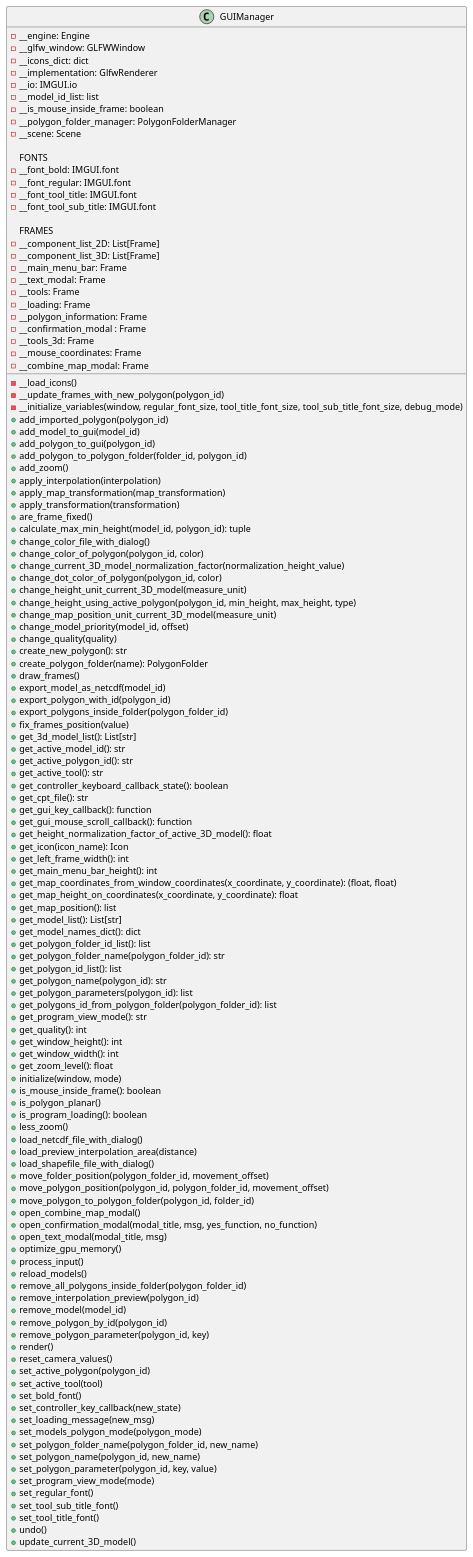
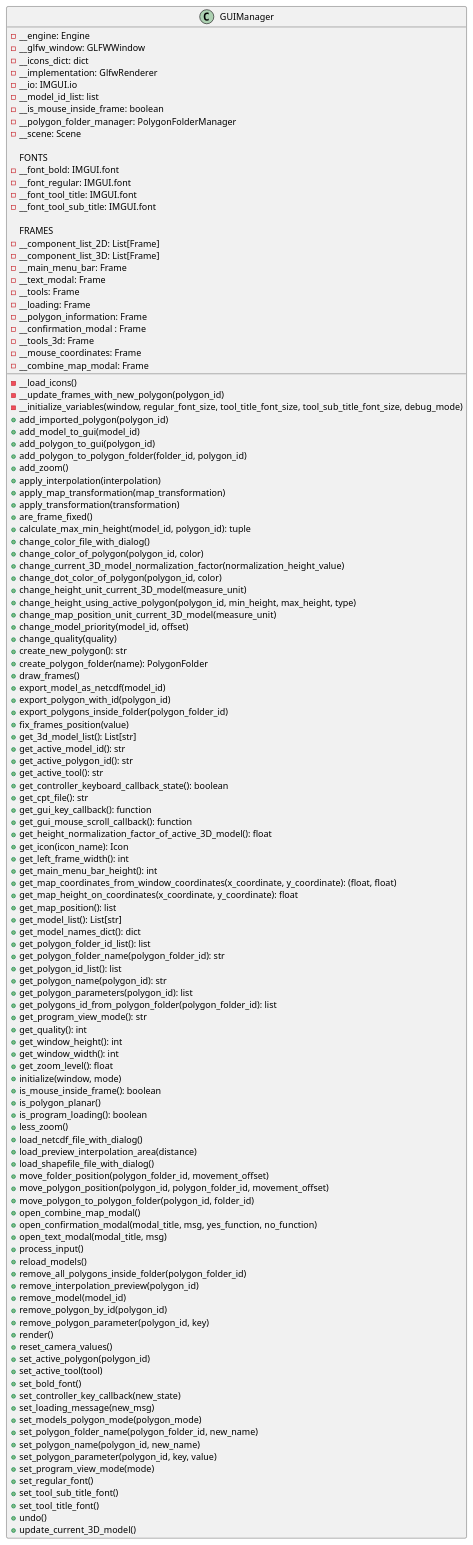
One commit to ferpoble2/Relief_Creator changed the diagram in docs/classes/GUIManager.puml. Above: the diagram before and after it, drawn with PlantUML.

```diff
--- a/docs/classes/GUIManager.puml
+++ b/docs/classes/GUIManager.puml
@@ -1,130 +1,129 @@
 @startuml
 'https://plantuml.com/class-diagram
 class GUIManager{
     - __engine: Engine
     - __glfw_window: GLFWWindow
     - __icons_dict: dict
     - __implementation: GlfwRenderer
     - __io: IMGUI.io
     - __model_id_list: list
     - __is_mouse_inside_frame: boolean
     - __polygon_folder_manager: PolygonFolderManager
     - __scene: Scene
 
     FONTS
     - __font_bold: IMGUI.font
     - __font_regular: IMGUI.font
     - __font_tool_title: IMGUI.font
     - __font_tool_sub_title: IMGUI.font
 
     FRAMES
     - __component_list_2D: List[Frame]
     - __component_list_3D: List[Frame]
     - __main_menu_bar: Frame
     - __text_modal: Frame
     - __tools: Frame
     - __loading: Frame
     - __polygon_information: Frame
     - __confirmation_modal : Frame
     - __tools_3d: Frame
     - __mouse_coordinates: Frame
     - __combine_map_modal: Frame
 
     - __load_icons()
     - __update_frames_with_new_polygon(polygon_id)
     - __initialize_variables(window, regular_font_size, tool_title_font_size, tool_sub_title_font_size, debug_mode)
     + add_imported_polygon(polygon_id)
     + add_model_to_gui(model_id)
     + add_polygon_to_gui(polygon_id)
     + add_polygon_to_polygon_folder(folder_id, polygon_id)
     + add_zoom()
     + apply_interpolation(interpolation)
     + apply_map_transformation(map_transformation)
     + apply_transformation(transformation)
     + are_frame_fixed()
     + calculate_max_min_height(model_id, polygon_id): tuple
     + change_color_file_with_dialog()
     + change_color_of_polygon(polygon_id, color)
     + change_current_3D_model_normalization_factor(normalization_height_value)
     + change_dot_color_of_polygon(polygon_id, color)
     + change_height_unit_current_3D_model(measure_unit)
     + change_height_using_active_polygon(polygon_id, min_height, max_height, type)
     + change_map_position_unit_current_3D_model(measure_unit)
     + change_model_priority(model_id, offset)
     + change_quality(quality)
     + create_new_polygon(): str
     + create_polygon_folder(name): PolygonFolder
     + draw_frames()
     + export_model_as_netcdf(model_id)
     + export_polygon_with_id(polygon_id)
     + export_polygons_inside_folder(polygon_folder_id)
     + fix_frames_position(value)
     + get_3d_model_list(): List[str]
     + get_active_model_id(): str
     + get_active_polygon_id(): str
     + get_active_tool(): str
     + get_controller_keyboard_callback_state(): boolean
     + get_cpt_file(): str
     + get_gui_key_callback(): function
     + get_gui_mouse_scroll_callback(): function
     + get_height_normalization_factor_of_active_3D_model(): float
     + get_icon(icon_name): Icon
     + get_left_frame_width(): int
     + get_main_menu_bar_height(): int
     + get_map_coordinates_from_window_coordinates(x_coordinate, y_coordinate): (float, float)
     + get_map_height_on_coordinates(x_coordinate, y_coordinate): float
     + get_map_position(): list
     + get_model_list(): List[str]
     + get_model_names_dict(): dict
     + get_polygon_folder_id_list(): list
     + get_polygon_folder_name(polygon_folder_id): str
     + get_polygon_id_list(): list
     + get_polygon_name(polygon_id): str
     + get_polygon_parameters(polygon_id): list
     + get_polygons_id_from_polygon_folder(polygon_folder_id): list
     + get_program_view_mode(): str
     + get_quality(): int
     + get_window_height(): int
     + get_window_width(): int
     + get_zoom_level(): float
     + initialize(window, mode)
     + is_mouse_inside_frame(): boolean
     + is_polygon_planar()
     + is_program_loading(): boolean
     + less_zoom()
     + load_netcdf_file_with_dialog()
     + load_preview_interpolation_area(distance)
     + load_shapefile_file_with_dialog()
     + move_folder_position(polygon_folder_id, movement_offset)
     + move_polygon_position(polygon_id, polygon_folder_id, movement_offset)
     + move_polygon_to_polygon_folder(polygon_id, folder_id)
     + open_combine_map_modal()
     + open_confirmation_modal(modal_title, msg, yes_function, no_function)
     + open_text_modal(modal_title, msg)
-    + optimize_gpu_memory()
     + process_input()
     + reload_models()
     + remove_all_polygons_inside_folder(polygon_folder_id)
     + remove_interpolation_preview(polygon_id)
     + remove_model(model_id)
     + remove_polygon_by_id(polygon_id)
     + remove_polygon_parameter(polygon_id, key)
     + render()
     + reset_camera_values()
     + set_active_polygon(polygon_id)
     + set_active_tool(tool)
     + set_bold_font()
     + set_controller_key_callback(new_state)
     + set_loading_message(new_msg)
     + set_models_polygon_mode(polygon_mode)
     + set_polygon_folder_name(polygon_folder_id, new_name)
     + set_polygon_name(polygon_id, new_name)
     + set_polygon_parameter(polygon_id, key, value)
     + set_program_view_mode(mode)
     + set_regular_font()
     + set_tool_sub_title_font()
     + set_tool_title_font()
     + undo()
     + update_current_3D_model()
 }
 @enduml
```
